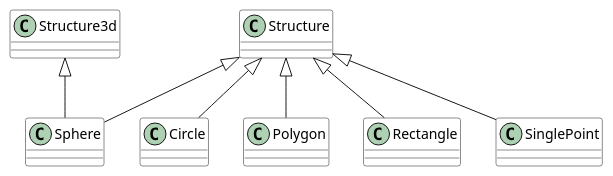
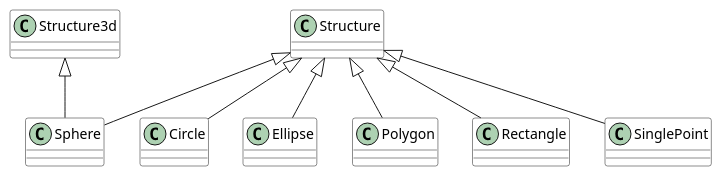
One commit to medeirosjd/phantom_generator changed the diagram in doc/inheritance.puml. Above: the diagram before and after it, drawn with PlantUML. The commit also changed 5 other files, not shown here.

Commit message:
PG #5: Add Ellipse structure

```diff
--- a/doc/inheritance.puml
+++ b/doc/inheritance.puml
@@ -1,31 +1,35 @@
 @startuml
 
 class Structure3d #fff {
 }
 
 class Structure #fff {
 }
 
 class Sphere #fff {
 }
 
 class Circle #fff {
 }
 
+class Ellipse #fff {
+}
+
 class Polygon #fff {
 }
 
 class Rectangle #fff {
 }
 
 class SinglePoint #fff {
 }
 
 Structure3d <|-- Sphere
 Structure <|-- Sphere
 Structure <|-- Circle
+Structure <|-- Ellipse
 Structure <|-- Polygon
 Structure <|-- Rectangle
 Structure <|-- SinglePoint
 
 @enduml
```
